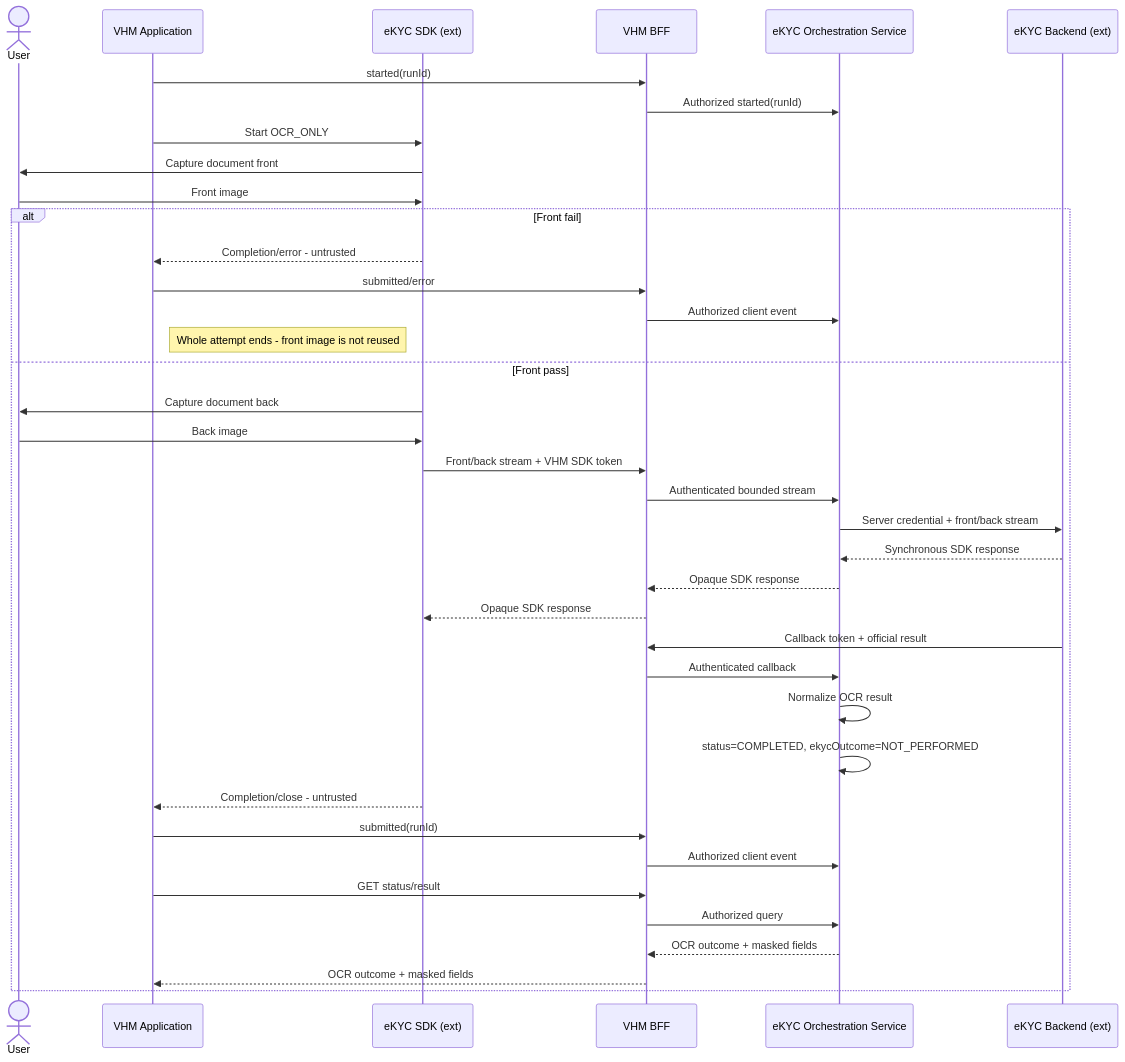
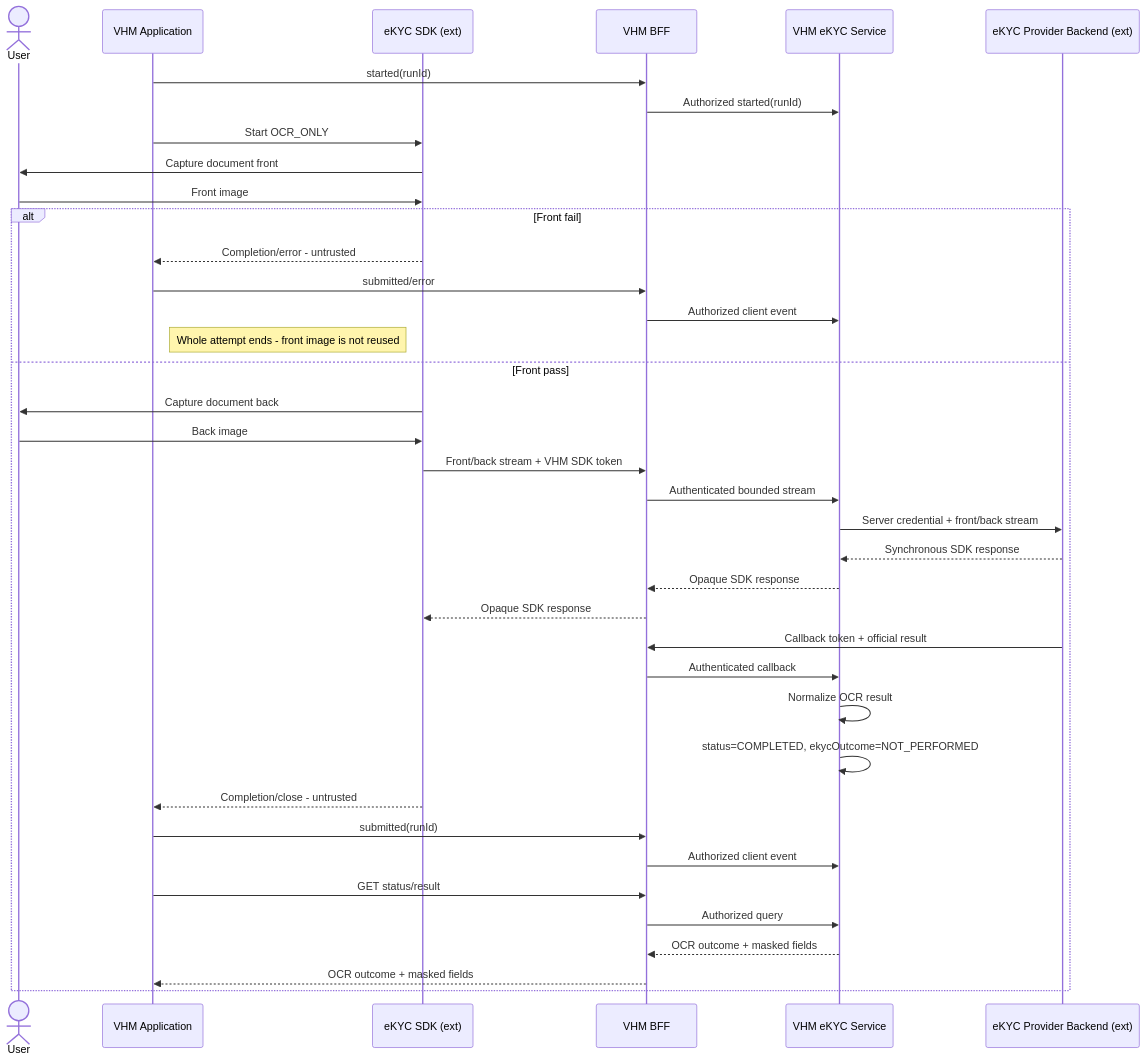
One commit to huynv-xyz/vhm changed the tenth of 16 diagrams in README.md. Above: the diagram before and after it, drawn with Mermaid. The commit also changed other lines of this file, not shown here.

````diff
--- a/README.md
+++ b/README.md
@@ -1080,40 +1074,40 @@
 ```mermaid
 sequenceDiagram
     actor User
     participant APP as VHM Application
     participant SDK as eKYC SDK (ext)
     participant BFF as VHM BFF
-    participant Orchestrator as eKYC Orchestration Service
-    participant BACKEND as eKYC Backend (ext)
+    participant EKYC_SERVICE as VHM eKYC Service
+    participant BACKEND as eKYC Provider Backend (ext)
     APP->>BFF: started(runId)
-    BFF->>Orchestrator: Authorized started(runId)
+    BFF->>EKYC_SERVICE: Authorized started(runId)
     APP->>SDK: Start OCR_ONLY
     SDK->>User: Capture document front
     User->>SDK: Front image
     alt Front fail
         SDK-->>APP: Completion/error - untrusted
         APP->>BFF: submitted/error
-        BFF->>Orchestrator: Authorized client event
+        BFF->>EKYC_SERVICE: Authorized client event
         Note right of APP: Whole attempt ends - front image is not reused
     else Front pass
         SDK->>User: Capture document back
         User->>SDK: Back image
         SDK->>BFF: Front/back stream + VHM SDK token
-        BFF->>Orchestrator: Authenticated bounded stream
-        Orchestrator->>BACKEND: Server credential + front/back stream
-        BACKEND-->>Orchestrator: Synchronous SDK response
-        Orchestrator-->>BFF: Opaque SDK response
+        BFF->>EKYC_SERVICE: Authenticated bounded stream
+        EKYC_SERVICE->>BACKEND: Server credential + front/back stream
+        BACKEND-->>EKYC_SERVICE: Synchronous SDK response
+        EKYC_SERVICE-->>BFF: Opaque SDK response
         BFF-->>SDK: Opaque SDK response
         BACKEND->>BFF: Callback token + official result
-        BFF->>Orchestrator: Authenticated callback
-        Orchestrator->>Orchestrator: Normalize OCR result
-        Orchestrator->>Orchestrator: status=COMPLETED, ekycOutcome=NOT_PERFORMED
+        BFF->>EKYC_SERVICE: Authenticated callback
+        EKYC_SERVICE->>EKYC_SERVICE: Normalize OCR result
+        EKYC_SERVICE->>EKYC_SERVICE: status=COMPLETED, ekycOutcome=NOT_PERFORMED
         SDK-->>APP: Completion/close - untrusted
         APP->>BFF: submitted(runId)
-        BFF->>Orchestrator: Authorized client event
+        BFF->>EKYC_SERVICE: Authorized client event
         APP->>BFF: GET status/result
-        BFF->>Orchestrator: Authorized query
-        Orchestrator-->>BFF: OCR outcome + masked fields
+        BFF->>EKYC_SERVICE: Authorized query
+        EKYC_SERVICE-->>BFF: OCR outcome + masked fields
         BFF-->>APP: OCR outcome + masked fields
     end
 ```
````
